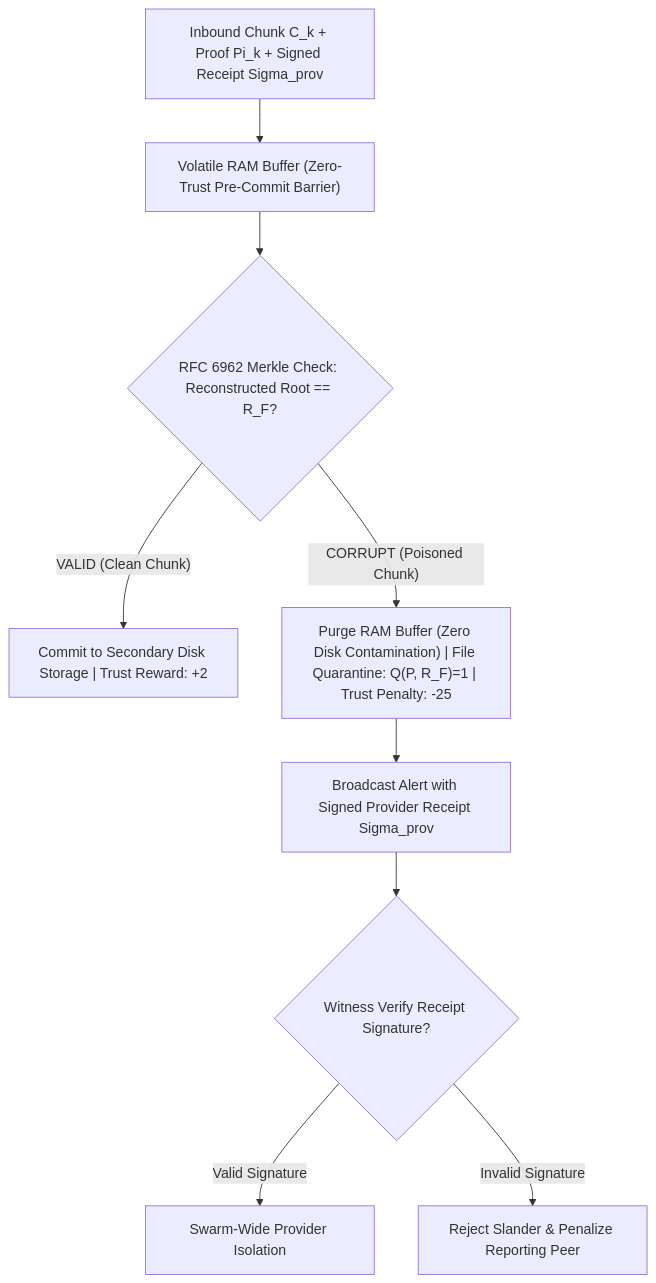
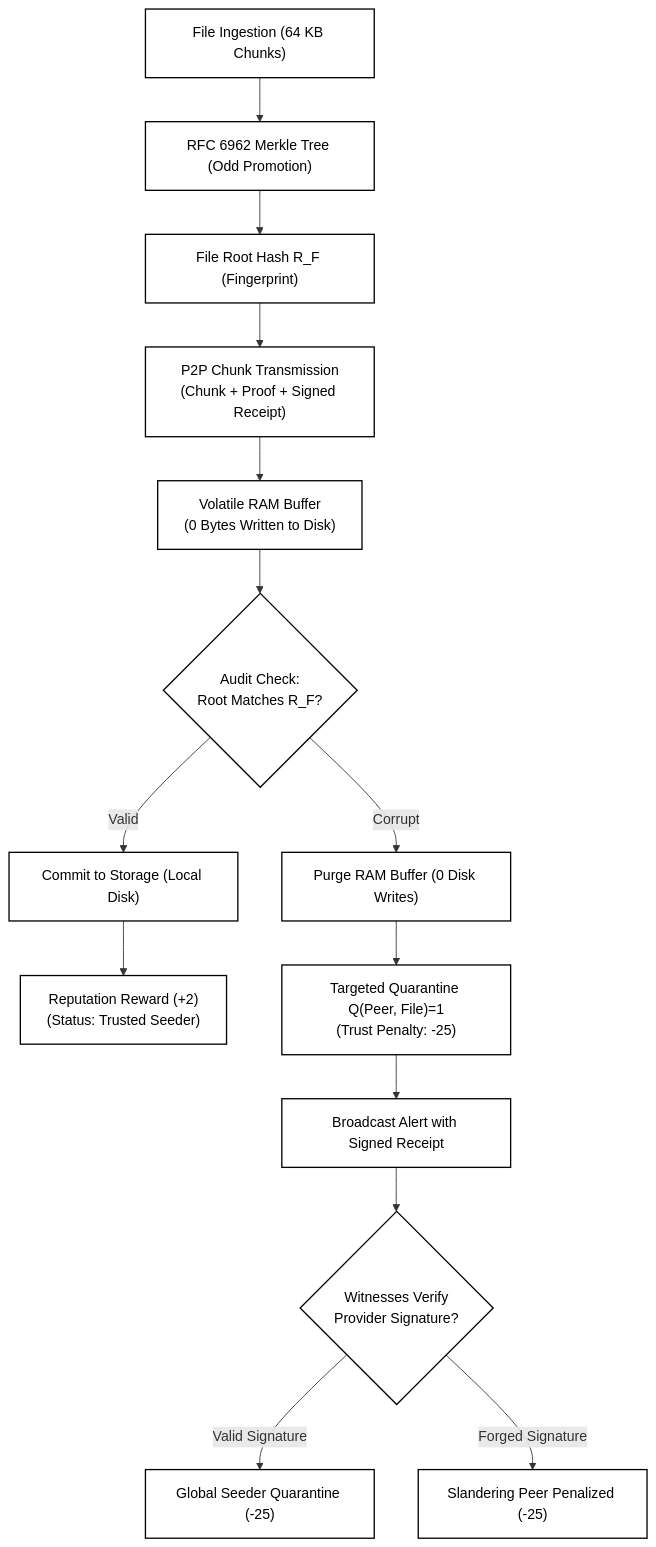
The second of 2 diagrams in docs/diagrams/DIAGRAMS_GUIDE.md (Vallurikeerthiram/zero-trust-p2p-network), drawn with Mermaid before and after one commit. The commit also changed other lines of this file and 16 other files, not shown here.

Commit message:
docs: clean up and remove unnecessary diagrams, retaining two minimalist B&W diagrams for architecture and security

````diff
--- a/docs/diagrams/DIAGRAMS_GUIDE.md
+++ b/docs/diagrams/DIAGRAMS_GUIDE.md
@@ -64,11 +77,24 @@
 ```mermaid
 flowchart TD
-    ChunkIn["Inbound Chunk C_k + Proof Pi_k + Signed Receipt Sigma_prov"] --> MemoryBuffer["Volatile RAM Buffer (Zero-Trust Pre-Commit Barrier)"]
-    MemoryBuffer --> MerkleCheck{"RFC 6962 Merkle Check: Reconstructed Root == R_F?"}
-    MerkleCheck -->|"VALID (Clean Chunk)"| DiskCommit["Commit to Secondary Disk Storage | Trust Reward: +2"]
-    MerkleCheck -->|"CORRUPT (Poisoned Chunk)"| DropMemory["Purge RAM Buffer (Zero Disk Contamination) | File Quarantine: Q(P, R_F)=1 | Trust Penalty: -25"]
-    DropMemory --> BroadcastAlert["Broadcast Alert with Signed Provider Receipt Sigma_prov"]
-    BroadcastAlert --> WitnessCheck{"Witness Verify Receipt Signature?"}
-    WitnessCheck -->|"Valid Signature"| SwarmQuarantine["Swarm-Wide Provider Isolation"]
-    WitnessCheck -->|"Invalid Signature"| RejectFraming["Reject Slander & Penalize Reporting Peer"]
+    File["File Ingestion (64 KB Chunks)"] --> Merkle["RFC 6962 Merkle Tree (Odd Promotion)"]
+    Merkle --> Root["File Root Hash R_F (Fingerprint)"]
+
+    Root --> Transmit["P2P Chunk Transmission<br>(Chunk + Proof + Signed Receipt)"]
+    Transmit --> RAM["Volatile RAM Buffer<br>(0 Bytes Written to Disk)"]
+    RAM --> Check{"Audit Check:<br>Root Matches R_F?"}
+
+    Check -->|Valid| Commit["Commit to Storage (Local Disk)"]
+    Commit --> Reward["Reputation Reward (+2)<br>(Status: Trusted Seeder)"]
+
+    Check -->|Corrupt| Purge["Purge RAM Buffer (0 Disk Writes)"]
+    Purge --> Quarantine["Targeted Quarantine Q(Peer, File)=1<br>(Trust Penalty: -25)"]
+
+    Quarantine --> Alert["Broadcast Alert with Signed Receipt"]
+    Alert --> WitCheck{"Witnesses Verify<br>Provider Signature?"}
+    
+    WitCheck -->|Valid Signature| SeederBan["Global Seeder Quarantine (-25)"]
+    WitCheck -->|Forged Signature| SlanderBan["Slandering Peer Penalized (-25)"]
+
+    classDef bw fill:#ffffff,stroke:#000000,stroke-width:1.5px,color:#000000;
+    class File,Merkle,Root,Transmit,RAM,Commit,Reward,Purge,Quarantine,Alert,SeederBan,SlanderBan,Check,WitCheck bw;
 ```
````
